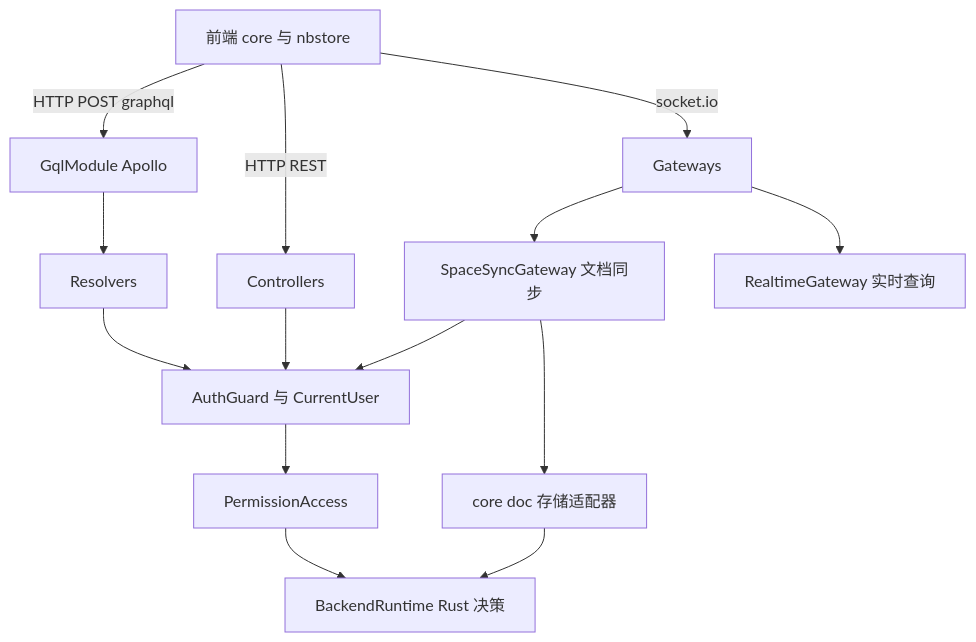
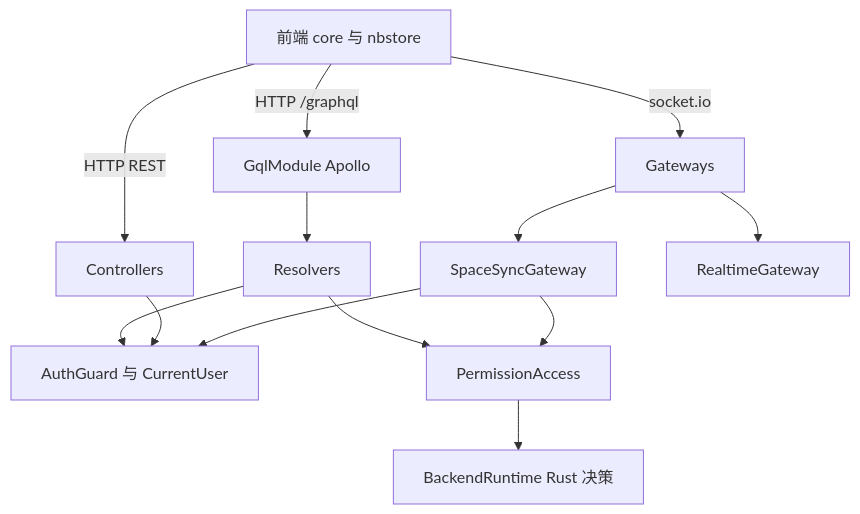
One commit to lfire/AFFiNE changed the first of 5 diagrams in learning-guide/slides/decks/23.md. Above: the diagram before and after it, drawn with Mermaid. The commit also changed other lines of this file and 46 other files, not shown here.

````diff
--- a/learning-guide/slides/decks/23.md
+++ b/learning-guide/slides/decks/23.md
@@ -47,16 +34,15 @@
 ```mermaid
 flowchart TB
-    FE["前端 core 与 nbstore"] -->|HTTP POST graphql| GQL["GqlModule Apollo"]
-    FE -->|HTTP REST| REST["Controllers"]
-    FE -->|socket.io| WS["Gateways"]
-    GQL --> RES["Resolvers"]
-    WS --> SYNC["SpaceSyncGateway 文档同步"]
-    WS --> RT["RealtimeGateway 实时查询"]
-    RES --> GUARD["AuthGuard 与 CurrentUser"]
-    REST --> GUARD
-    SYNC --> GUARD
-    GUARD --> PERM["PermissionAccess"]
-    PERM --> RUST["BackendRuntime Rust 决策"]
-    SYNC --> DOC["core doc 存储适配器"]
-    DOC --> RUST
+  FE["前端 core 与 nbstore"] -->|"HTTP /graphql"| GQL["GqlModule Apollo"]
+  FE -->|"HTTP REST"| REST["Controllers"]
+  FE -->|"socket.io"| WS["Gateways"]
+  GQL --> RES["Resolvers"]
+  WS --> SYNC["SpaceSyncGateway"]
+  WS --> RT["RealtimeGateway"]
+  RES --> GUARD["AuthGuard 与 CurrentUser"]
+  REST --> GUARD
+  SYNC --> GUARD
+  RES --> PERM["PermissionAccess"]
+  SYNC --> PERM
+  PERM --> RUST["BackendRuntime Rust 决策"]
 ```
````
